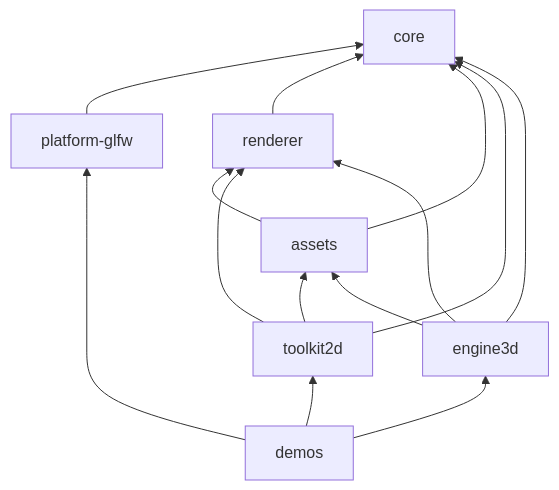
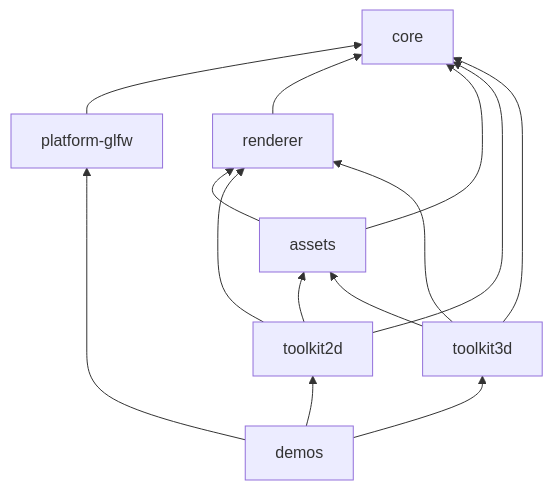
The diagram in README.md (raffrz/java-game-engine), drawn with Mermaid before and after one commit. The commit also changed other lines of this file and 2 other files, not shown here.

````diff
--- a/README.md
+++ b/README.md
@@ -103,17 +121,17 @@
 ```mermaid
 graph BT
     core
     platform-glfw --> core
     renderer --> core
     assets --> core
     assets --> renderer
     toolkit2d --> core
     toolkit2d --> renderer
     toolkit2d --> assets
-    engine3d --> core
-    engine3d --> renderer
-    engine3d --> assets
+    toolkit3d --> core
+    toolkit3d --> renderer
+    toolkit3d --> assets
     demos --> platform-glfw
     demos --> toolkit2d
-    demos --> engine3d
+    demos --> toolkit3d
 ```
````
